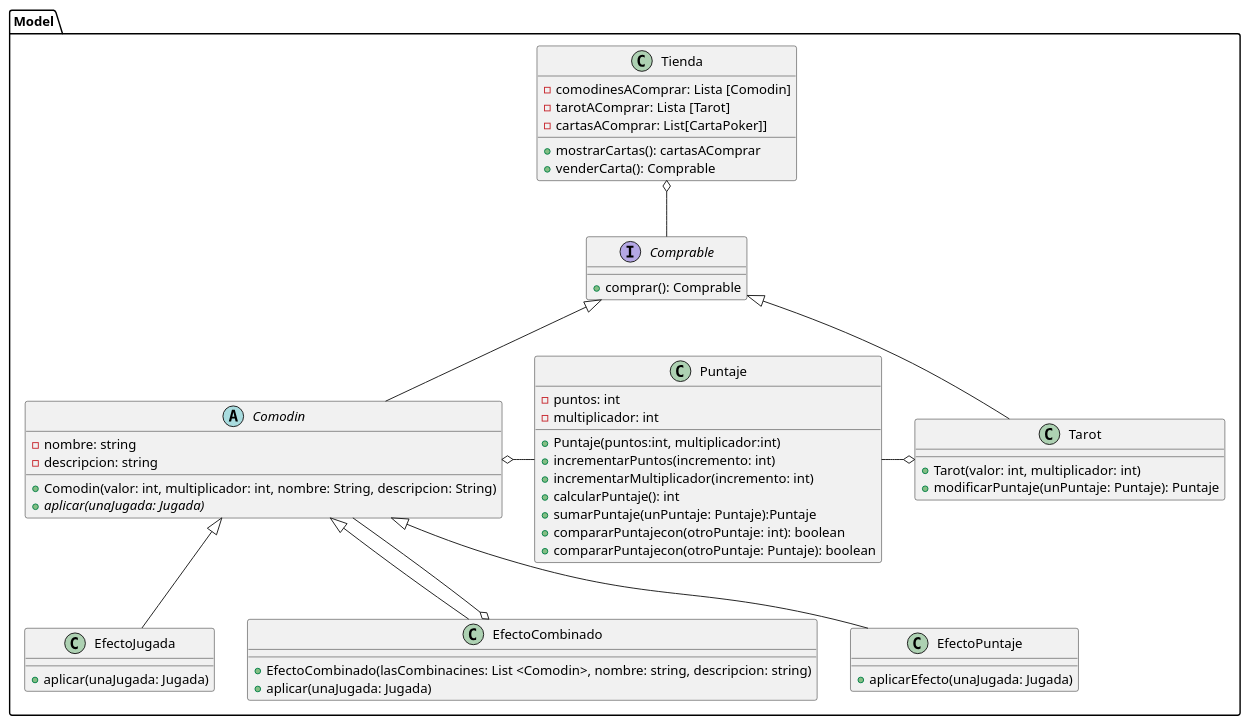
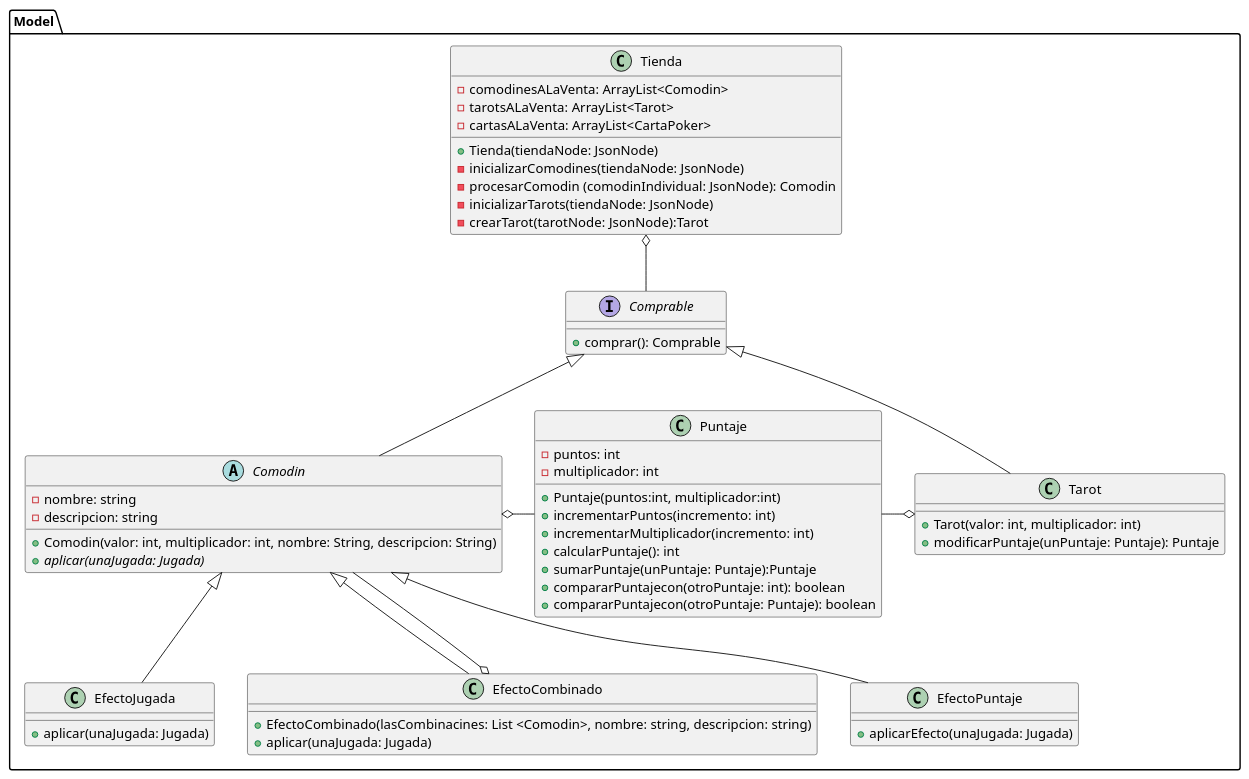
One commit to carruizdiaz1109/UBAlatro changed the diagram in diagrams/classes/clasesBalatro3.puml. Above: the diagram before and after it, drawn with PlantUML. The commit also changed 1 other file, not shown here.

Commit message:
actualizo diagrama de clase 1

```diff
--- a/diagrams/classes/clasesBalatro3.puml
+++ b/diagrams/classes/clasesBalatro3.puml
@@ -1,67 +1,70 @@
 @startuml
 
 package Model {
 
 class Tienda {
-    - comodinesAComprar: Lista [Comodin]
-    - tarotAComprar: Lista [Tarot]
-    - cartasAComprar: List[CartaPoker]]
-    + mostrarCartas(): cartasAComprar
-    + venderCarta(): Comprable
+    - comodinesALaVenta: ArrayList<Comodin>
+    - tarotsALaVenta: ArrayList<Tarot>
+    - cartasALaVenta: ArrayList<CartaPoker>
+    + Tienda(tiendaNode: JsonNode)
+    - inicializarComodines(tiendaNode: JsonNode)
+    - procesarComodin (comodinIndividual: JsonNode): Comodin
+    - inicializarTarots(tiendaNode: JsonNode)
+    - crearTarot(tarotNode: JsonNode):Tarot
 }
 
 interface Comprable {
     + comprar(): Comprable
 }
 
 abstract class Comodin {
     - nombre: string
     - descripcion: string
 
     + Comodin(valor: int, multiplicador: int, nombre: String, descripcion: String)
     + {abstract}aplicar(unaJugada: Jugada)
 }
 
 class EfectoJugada {
     + aplicar(unaJugada: Jugada)
 }
 
 class EfectoCombinado{
     + EfectoCombinado(lasCombinacines: List <Comodin>, nombre: string, descripcion: string)
     + aplicar(unaJugada: Jugada)
 }
 class EfectoPuntaje{
     + aplicarEfecto(unaJugada: Jugada)
 }
 
 class Tarot {
 
     + Tarot(valor: int, multiplicador: int)
     + modificarPuntaje(unPuntaje: Puntaje): Puntaje
 }
 
 class Puntaje {
     - puntos: int
     - multiplicador: int
 
     + Puntaje(puntos:int, multiplicador:int)
     + incrementarPuntos(incremento: int)
     + incrementarMultiplicador(incremento: int)
     + calcularPuntaje(): int
     + sumarPuntaje(unPuntaje: Puntaje):Puntaje
     + compararPuntajecon(otroPuntaje: int): boolean
     + compararPuntajecon(otroPuntaje: Puntaje): boolean
 }
 
 
 Tienda o-- Comprable
 Comodin -up-|> Comprable
 Tarot -up-|> Comprable
 EfectoPuntaje -up-|> Comodin
 EfectoJugada -up-|> Comodin
 EfectoCombinado -up-|> Comodin
 EfectoCombinado o-- Comodin
 Comodin o-right-- Puntaje
 Tarot o-left-- Puntaje
 }
 @enduml
```
